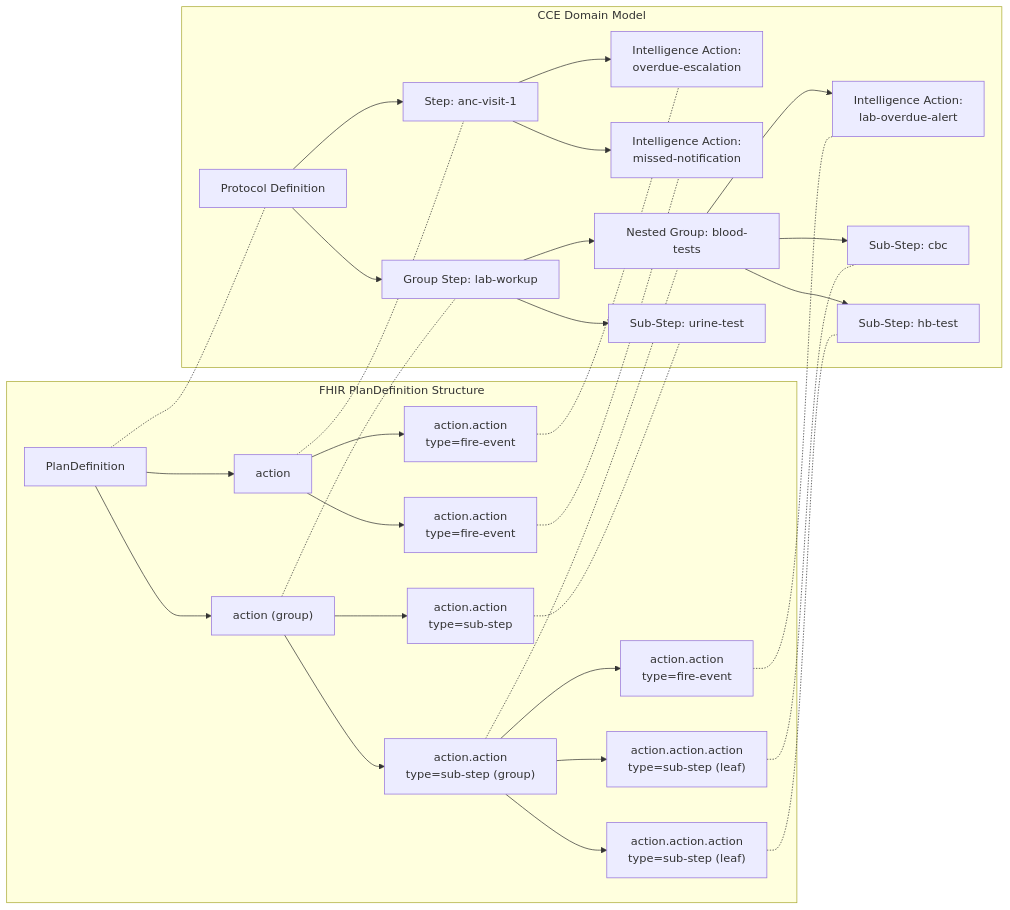
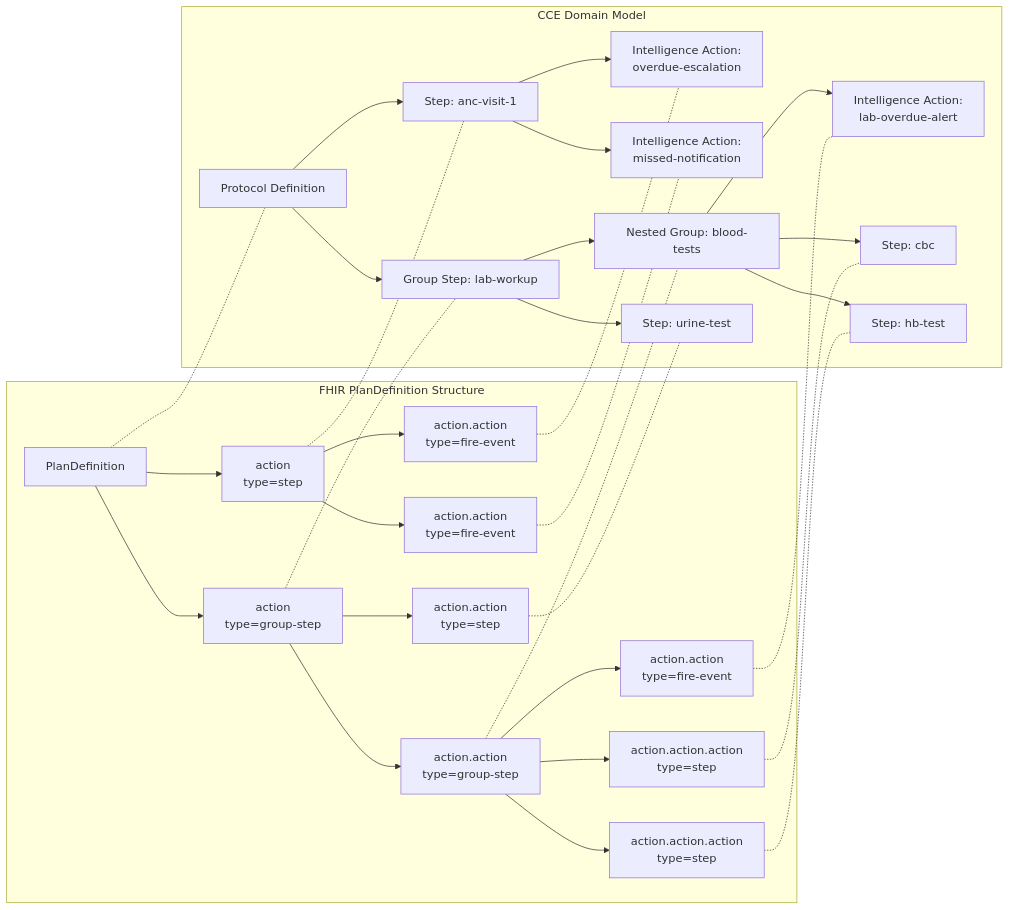
Before and after one commit to Jayaprakash8887/cce-compliance-service: the eighth of 9 diagrams in docs/architecture-overview.md, drawn with Mermaid. The commit also changed other lines of this file and 8 other files, not shown here.

````diff
--- a/docs/architecture-overview.md
+++ b/docs/architecture-overview.md
@@ -524,59 +524,59 @@
 ```mermaid
 flowchart LR
     subgraph "FHIR PlanDefinition Structure"
         PD["PlanDefinition"]
-        A1["action"]
-        A2["action (group)"]
+        A1["action<br/>type=step"]
+        A2["action<br/>type=group-step"]
         IA1["action.action<br/>type=fire-event"]
         IA2["action.action<br/>type=fire-event"]  
-        SS1["action.action<br/>type=sub-step (group)"]
-        SS2["action.action<br/>type=sub-step"]
+        SS1["action.action<br/>type=group-step"]
+        SS2["action.action<br/>type=step"]
         IA3["action.action<br/>type=fire-event"]
-        SS1A["action.action.action<br/>type=sub-step (leaf)"]
-        SS1B["action.action.action<br/>type=sub-step (leaf)"]
+        SS1A["action.action.action<br/>type=step"]
+        SS1B["action.action.action<br/>type=step"]
 
         PD --> A1
         PD --> A2
         A1 --> IA1
         A1 --> IA2
         A2 --> SS1
         A2 --> SS2
         SS1 --> IA3
         SS1 --> SS1A
         SS1 --> SS1B
     end
 
     subgraph "CCE Domain Model"
         PROTO["Protocol Definition"]
         S1["Step: anc-visit-1"]
         S2["Group Step: lab-workup"]
         R1["Intelligence Action:<br/>overdue-escalation"]
         R2["Intelligence Action:<br/>missed-notification"]
         SUB1["Nested Group: blood-tests"]
-        SUB2["Sub-Step: urine-test"]
+        SUB2["Step: urine-test"]
         R3["Intelligence Action:<br/>lab-overdue-alert"]
-        LEAF1["Sub-Step: cbc"]
-        LEAF2["Sub-Step: hb-test"]
+        LEAF1["Step: cbc"]
+        LEAF2["Step: hb-test"]
 
         PROTO --> S1
         PROTO --> S2
         S1 --> R1
         S1 --> R2
         S2 --> SUB1
         S2 --> SUB2
         SUB1 --> R3
         SUB1 --> LEAF1
         SUB1 --> LEAF2
     end
 
     PD -.- PROTO
     A1 -.- S1
     A2 -.- S2
     IA1 -.- R1
     IA2 -.- R2
     SS1 -.- SUB1
     SS2 -.- SUB2
     IA3 -.- R3
     SS1A -.- LEAF1
     SS1B -.- LEAF2
 ```
````
